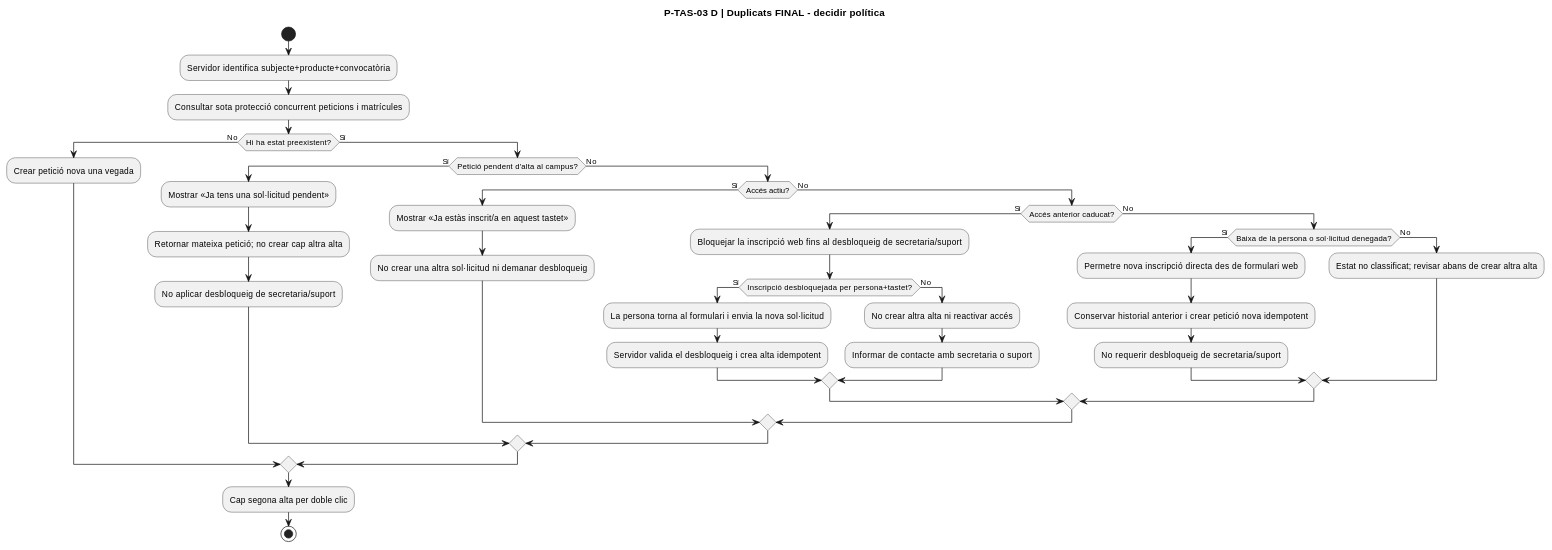
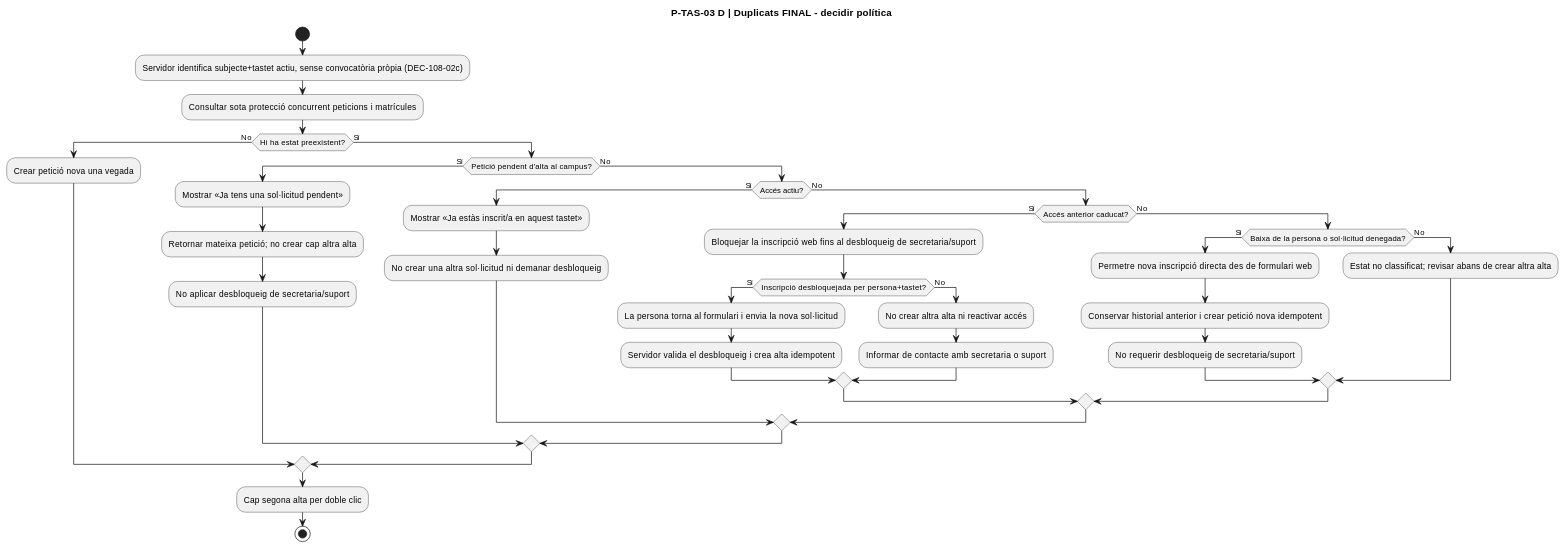
Before and after one commit to orgmeriemprismacat-del/verifactu: diagram 24 of 32 in documentacio/07-uml-integrat/uc-108-activitats-pagines-tastets-actual-final.md, drawn with PlantUML. The commit also changed other lines of this file, not shown here.

Commit message:
docs: agree UC-108 rolling enrollment whenever tastet active without dated intake

````diff
--- a/documentacio/07-uml-integrat/uc-108-activitats-pagines-tastets-actual-final.md
+++ b/documentacio/07-uml-integrat/uc-108-activitats-pagines-tastets-actual-final.md
@@ -566,43 +566,43 @@
 ```plantuml
 @startuml
 title P-TAS-03 D | Duplicats FINAL - decidir política
 start
-:Servidor identifica subjecte+producte+convocatòria;
+:Servidor identifica subjecte+tastet actiu, sense convocatòria pròpia (DEC-108-02c);
 :Consultar sota protecció concurrent peticions i matrícules;
 if (Hi ha estat preexistent?) then (No)
   :Crear petició nova una vegada;
 else (Sí)
   if (Petició pendent d'alta al campus?) then (Sí)
     :Mostrar «Ja tens una sol·licitud pendent»;
     :Retornar mateixa petició; no crear cap altra alta;
     :No aplicar desbloqueig de secretaria/suport;
   else (No)
     if (Accés actiu?) then (Sí)
       :Mostrar «Ja estàs inscrit/a en aquest tastet»;
       :No crear una altra sol·licitud ni demanar desbloqueig;
     else (No)
       if (Accés anterior caducat?) then (Sí)
         :Bloquejar la inscripció web fins al desbloqueig de secretaria/suport;
         if (Inscripció desbloquejada per persona+tastet?) then (Sí)
           :La persona torna al formulari i envia la nova sol·licitud;
           :Servidor valida el desbloqueig i crea alta idempotent;
         else (No)
           :No crear altra alta ni reactivar accés;
           :Informar de contacte amb secretaria o suport;
         endif
       else (No)
         if (Baixa de la persona o sol·licitud denegada?) then (Sí)
           :Permetre nova inscripció directa des de formulari web;
           :Conservar historial anterior i crear petició nova idempotent;
           :No requerir desbloqueig de secretaria/suport;
         else (No)
           :Estat no classificat; revisar abans de crear altra alta;
         endif
       endif
     endif
   endif
 endif
 :Cap segona alta per doble clic;
 stop
 @enduml
 ```
````
